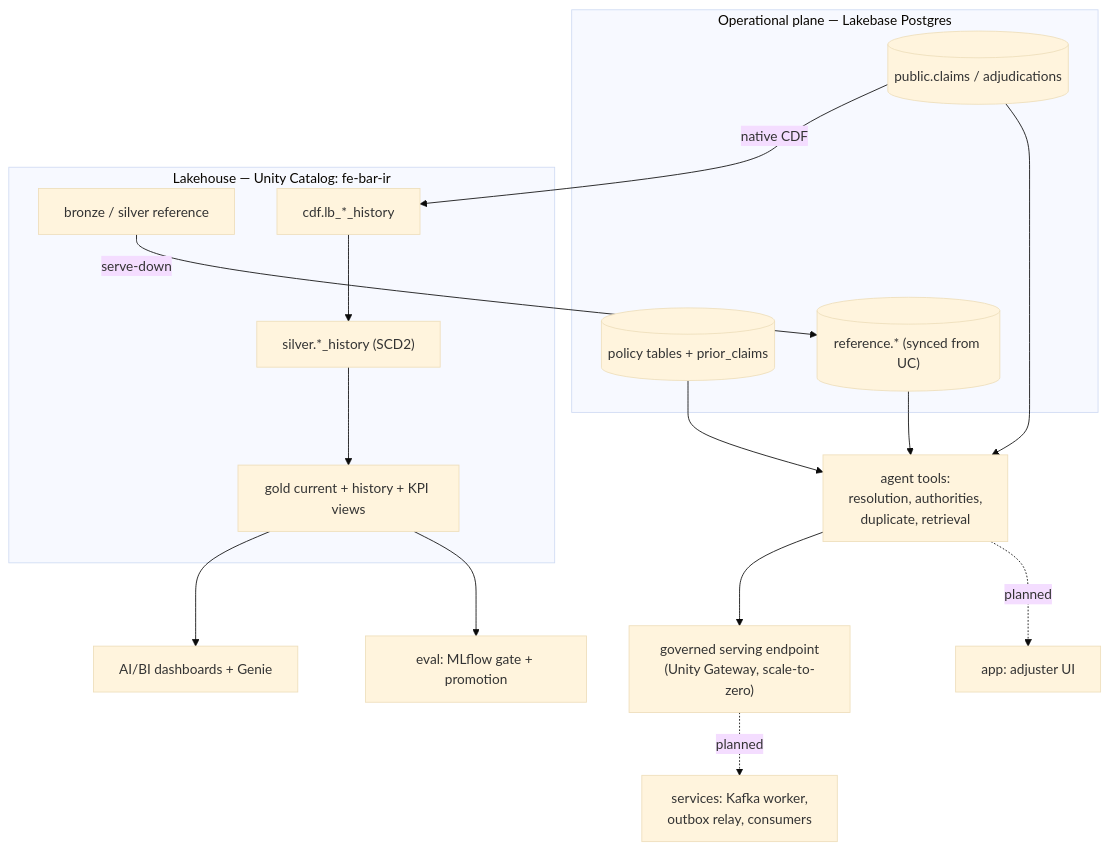
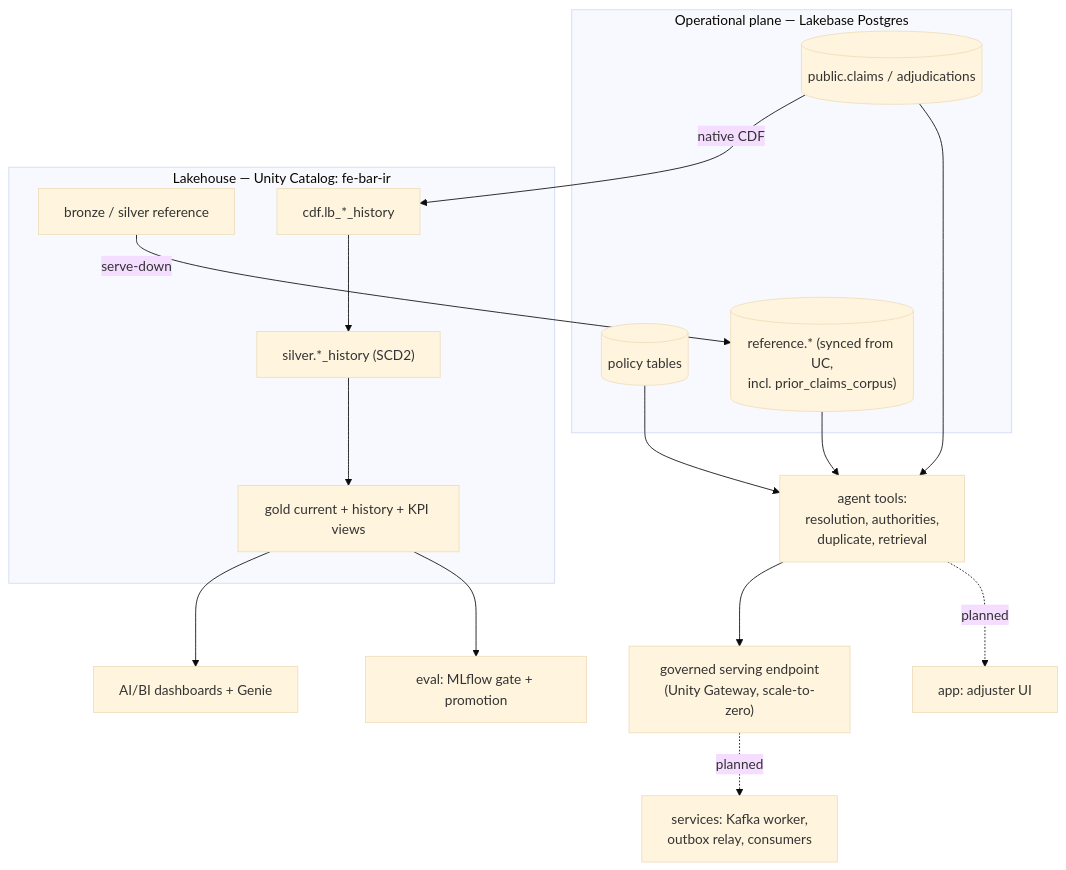
One commit to Irtebat/claims-adjudication-agent-demo changed the diagram in docs/README.md. Above: the diagram before and after it, drawn with Mermaid (base theme). The commit also changed other lines of this file and 3 other files, not shown here.

````diff
--- a/docs/README.md
+++ b/docs/README.md
@@ -15,27 +20,27 @@
 ```mermaid
 flowchart TB
   subgraph OLTP["Operational plane — Lakebase Postgres"]
     claims[("public.claims / adjudications")]
-    policy[("policy tables + prior_claims")]
-    ref[("reference.* (synced from UC)")]
+    policy[("policy tables")]
+    ref[("reference.* (synced from UC,<br/>incl. prior_claims_corpus)")]
   end
   subgraph LH["Lakehouse — Unity Catalog: fe-bar-ir"]
     refsrc["bronze / silver reference"]
     cdfland["cdf.lb_*_history"]
     silverh["silver.*_history (SCD2)"]
     gold["gold current + history + KPI views"]
   end
   agent["agent tools:<br/>resolution, authorities,<br/>duplicate, retrieval"]
   endpoint["governed serving endpoint<br/>(Unity Gateway, scale-to-zero)"]
 
   refsrc -- "serve-down" --> ref
   claims -- "native CDF" --> cdfland --> silverh --> gold
   policy --> agent
   ref --> agent
   claims --> agent
   agent --> endpoint
   gold --> dash["AI/BI dashboards + Genie"]
   gold --> evalx["eval: MLflow gate + promotion"]
   agent -. planned .-> app["app: adjuster UI"]
   endpoint -. planned .-> svc["services: Kafka worker,<br/>outbox relay, consumers"]
 ```
````
